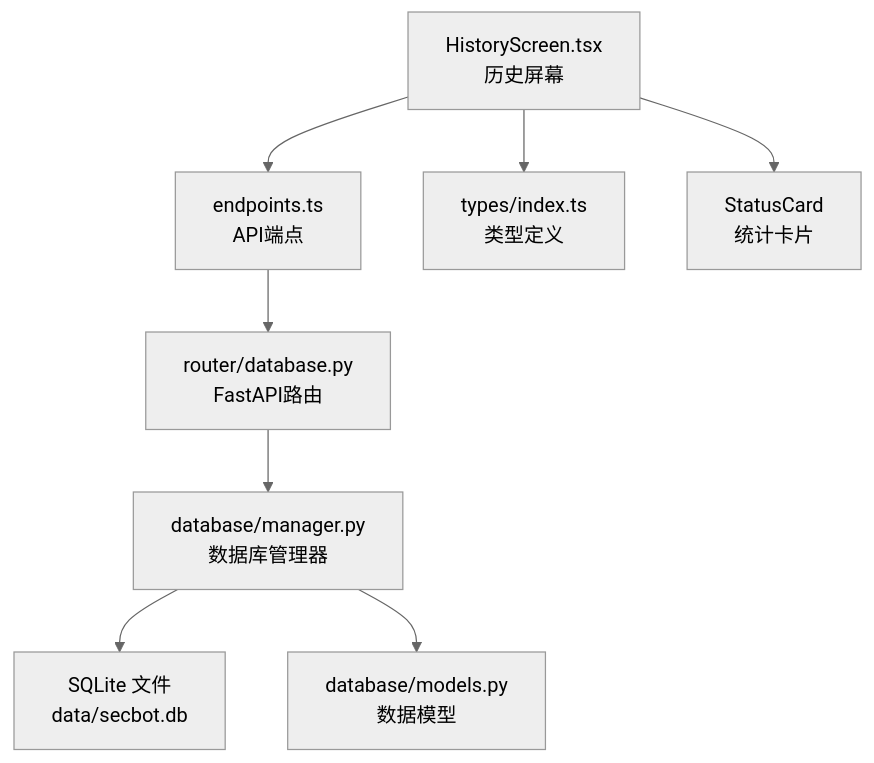
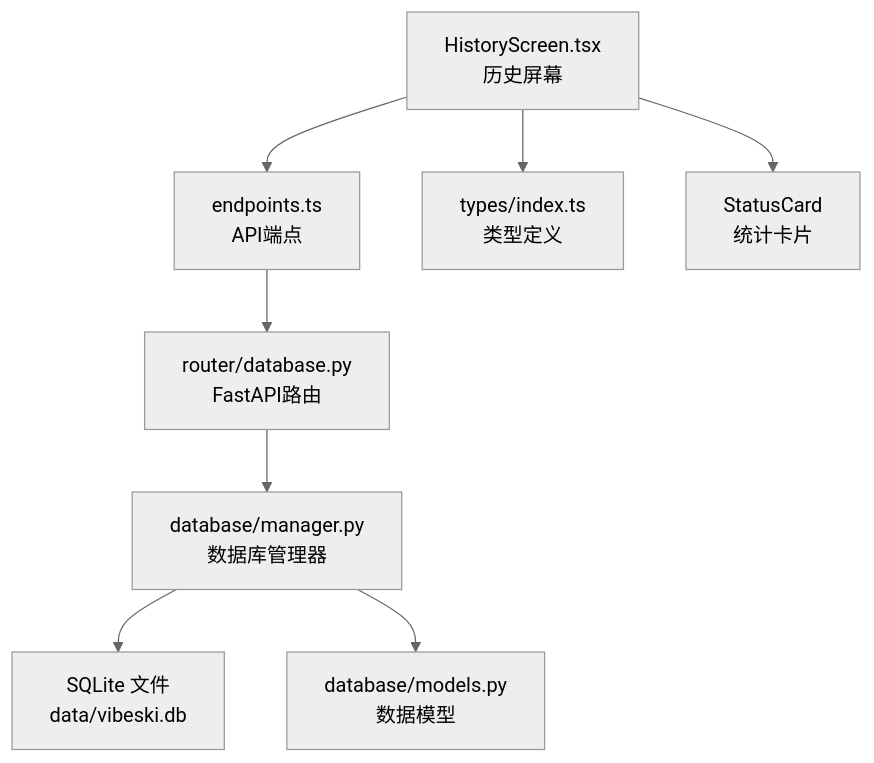
Before and after one commit to crabin/VIBESKI: the first of 8 diagrams in .qoder/repowiki/zh/content/用户界面/移动端界面 (React Native)/历史记录界面.md, drawn with Mermaid (neutral theme). The commit also changed other lines of this file and 170 other files, not shown here.

Commit message:
chore: rename all secbot/hackbot identifiers to vibeski

````diff
--- a/.qoder/repowiki/zh/content/用户界面/移动端界面 (React Native)/历史记录界面.md
+++ b/.qoder/repowiki/zh/content/用户界面/移动端界面 (React Native)/历史记录界面.md
@@ -41,10 +41,10 @@
 ```mermaid
 graph TB
 HS["HistoryScreen.tsx<br/>历史屏幕"] --> API["endpoints.ts<br/>API端点"]
 HS --> Types["types/index.ts<br/>类型定义"]
 HS --> SC["StatusCard<br/>统计卡片"]
 API --> Router["router/database.py<br/>FastAPI路由"]
 Router --> DM["database/manager.py<br/>数据库管理器"]
-DM --> DB["SQLite 文件<br/>data/secbot.db"]
+DM --> DB["SQLite 文件<br/>data/vibeski.db"]
 DM --> Models["database/models.py<br/>数据模型"]
 ```
````
